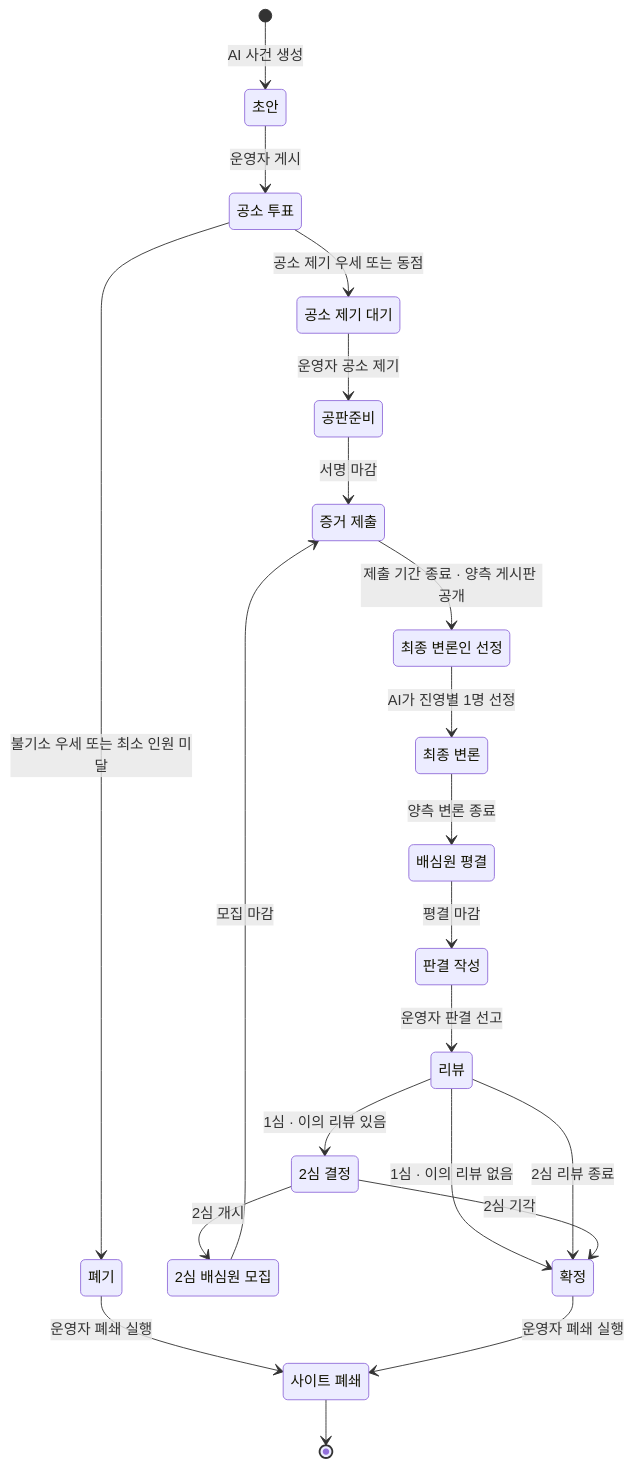
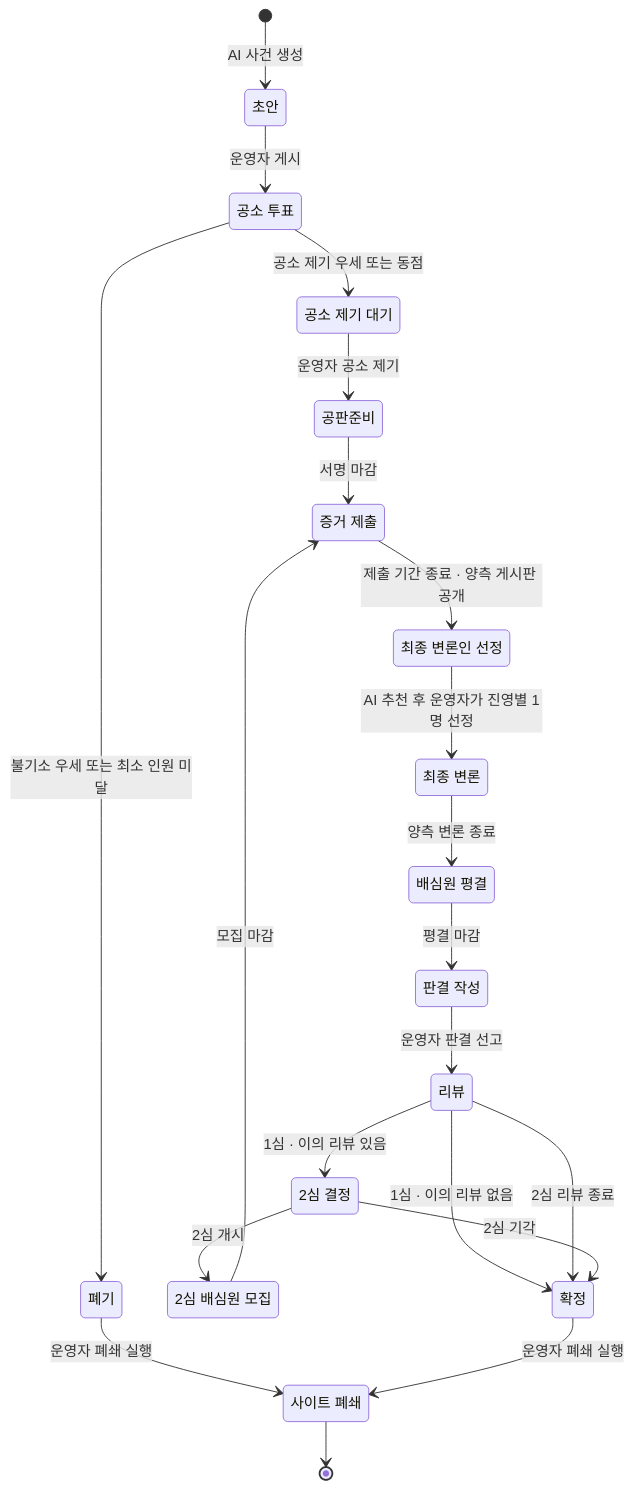
Before and after one commit to Code-Name-JS/virtual-courtroom: the first of 2 diagrams in docs/02-case-lifecycle.md, drawn with Mermaid. The commit also changed other lines of this file and 6 other files, not shown here.

````diff
--- a/docs/02-case-lifecycle.md
+++ b/docs/02-case-lifecycle.md
@@ -11,39 +11,39 @@
 ```mermaid
 stateDiagram-v2
     state "초안" as DRAFT
     state "공소 투표" as INDICTMENT_VOTE
     state "폐기" as DISMISSED
     state "공소 제기 대기" as INDICTMENT_PENDING
     state "공판준비" as PRETRIAL
     state "증거 제출" as EVIDENCE
     state "최종 변론인 선정" as ADVOCATE_SELECTION
     state "최종 변론" as FINAL_ARGUMENT
     state "배심원 평결" as DELIBERATION
     state "판결 작성" as SENTENCING
     state "리뷰" as REVIEW
     state "2심 결정" as APPEAL_DECISION
     state "2심 배심원 모집" as APPEAL_RECRUITMENT
     state "확정" as FINALIZED
     state "사이트 폐쇄" as SITE_CLOSED
 
     [*] --> DRAFT: AI 사건 생성
     DRAFT --> INDICTMENT_VOTE: 운영자 게시
     INDICTMENT_VOTE --> DISMISSED: 불기소 우세 또는 최소 인원 미달
     INDICTMENT_VOTE --> INDICTMENT_PENDING: 공소 제기 우세 또는 동점
     INDICTMENT_PENDING --> PRETRIAL: 운영자 공소 제기
     PRETRIAL --> EVIDENCE: 서명 마감
     EVIDENCE --> ADVOCATE_SELECTION: 제출 기간 종료 · 양측 게시판 공개
-    ADVOCATE_SELECTION --> FINAL_ARGUMENT: AI가 진영별 1명 선정
+    ADVOCATE_SELECTION --> FINAL_ARGUMENT: AI 추천 후 운영자가 진영별 1명 선정
     FINAL_ARGUMENT --> DELIBERATION: 양측 변론 종료
     DELIBERATION --> SENTENCING: 평결 마감
     SENTENCING --> REVIEW: 운영자 판결 선고
     REVIEW --> APPEAL_DECISION: 1심 · 이의 리뷰 있음
     REVIEW --> FINALIZED: 1심 · 이의 리뷰 없음
     REVIEW --> FINALIZED: 2심 리뷰 종료
     APPEAL_DECISION --> APPEAL_RECRUITMENT: 2심 개시
     APPEAL_DECISION --> FINALIZED: 2심 기각
     APPEAL_RECRUITMENT --> EVIDENCE: 모집 마감
     DISMISSED --> SITE_CLOSED: 운영자 폐쇄 실행
     FINALIZED --> SITE_CLOSED: 운영자 폐쇄 실행
     SITE_CLOSED --> [*]
 ```
````
